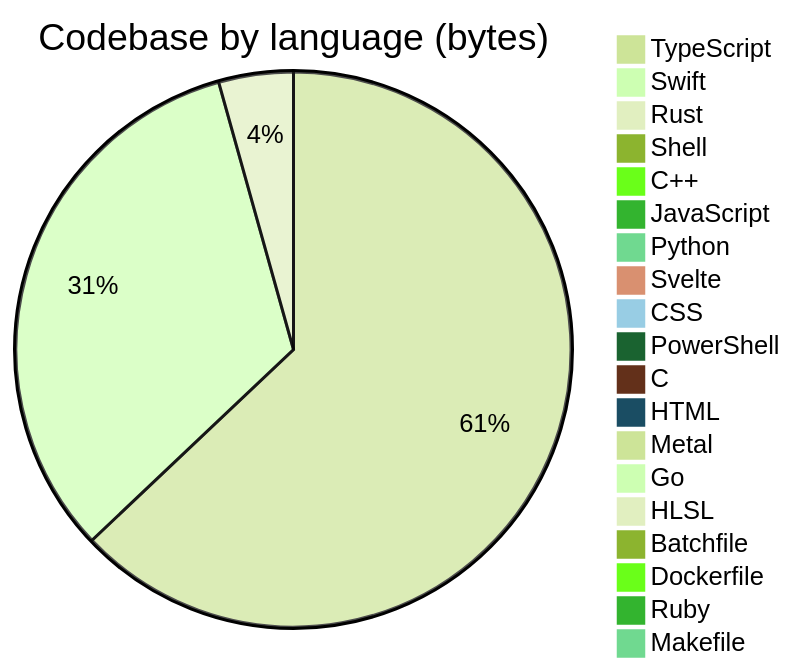
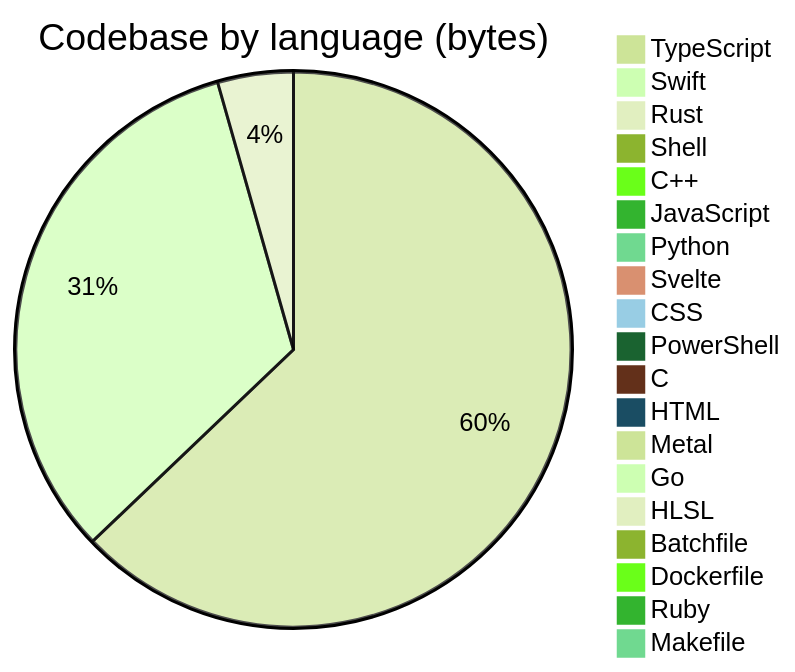
The diagram in profile/README.md (Open330/.github), drawn with Mermaid (forest theme) before and after one commit. The commit also changed other lines of this file, not shown here.

````diff
--- a/profile/README.md
+++ b/profile/README.md
@@ -130,22 +130,22 @@
 ```mermaid
 pie title Codebase by language (bytes)
     "TypeScript" : 34474664
-    "Swift" : 17922868
-    "Rust" : 2379119
-    "Shell" : 480571
+    "Swift" : 17948017
+    "Rust" : 2414384
+    "Shell" : 489136
     "C++" : 388775
     "JavaScript" : 368493
-    "Python" : 300772
+    "Python" : 320514
     "Svelte" : 143451
     "CSS" : 142903
     "PowerShell" : 128198
     "C" : 114143
     "HTML" : 50085
     "Metal" : 33033
     "Go" : 22811
     "HLSL" : 7527
     "Batchfile" : 5870
     "Dockerfile" : 4893
     "Ruby" : 1554
     "Makefile" : 1150
 ```
````
